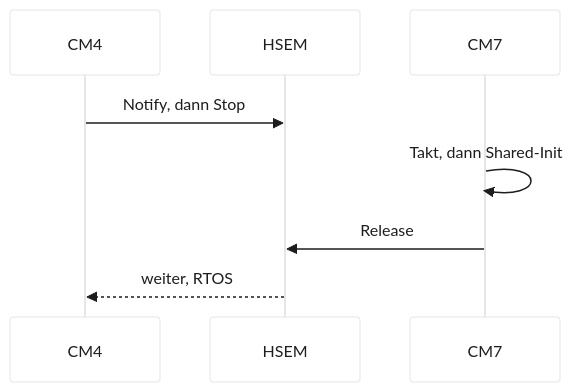
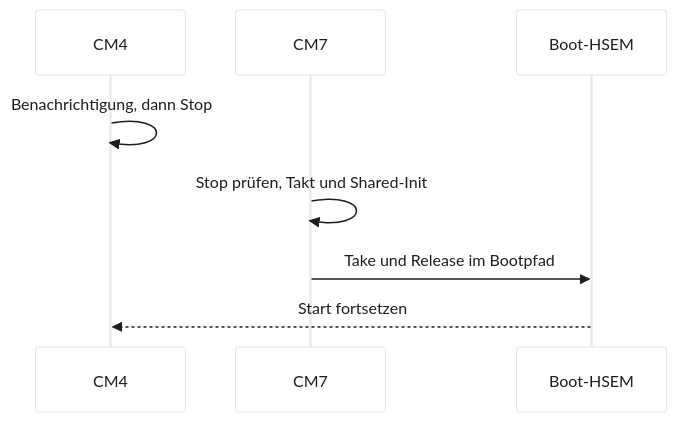
The fourth of 6 diagrams in vorlesungen/06_multicore-echtzeit.qmd (dantschi/echtzeitsysteme), drawn with Mermaid before and after one commit. The commit also changed other lines of this file and 8 other files, not shown here.

````diff
--- a/vorlesungen/06_multicore-echtzeit.qmd
+++ b/vorlesungen/06_multicore-echtzeit.qmd
@@ -366,12 +268,12 @@
 ```{mermaid}
-%%| fig-width: 6.2
-%%{init: {'theme': 'base', 'themeVariables': {'background': '#FFFFFF', 'primaryColor': '#FFFFFF', 'primaryBorderColor': '#E5E5EA', 'primaryTextColor': '#1D1D1F', 'lineColor': '#86868B'}}}%%
+%%| fig-width: 5.4
+%%{init: {'theme': 'base', 'htmlLabels': false, 'flowchart': {'htmlLabels': false}, 'themeVariables': {'background': '#FFFFFF', 'primaryColor': '#FFFFFF', 'primaryBorderColor': '#E5E5EA', 'primaryTextColor': '#1D1D1F', 'lineColor': '#86868B'}}}%%
 sequenceDiagram
   participant M4 as CM4
-  participant H as HSEM
   participant M7 as CM7
-  M4->>H: Notify, dann Stop
-  M7->>M7: Takt, dann Shared-Init
-  M7->>H: Release
-  H-->>M4: weiter, RTOS
+  participant H as Boot-HSEM
+  M4->>M4: Benachrichtigung, dann Stop
+  M7->>M7: Stop prüfen, Takt und Shared-Init
+  M7->>H: Take und Release im Bootpfad
+  H-->>M4: Start fortsetzen
 ```
````
